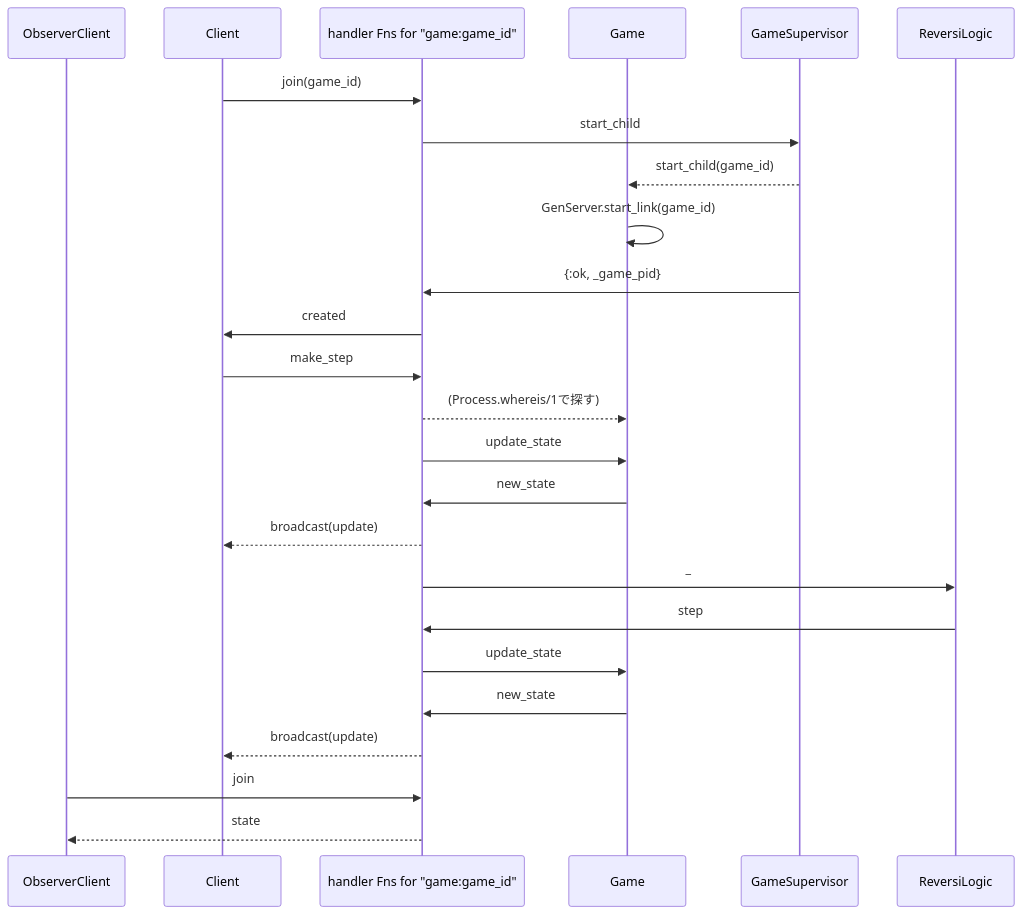
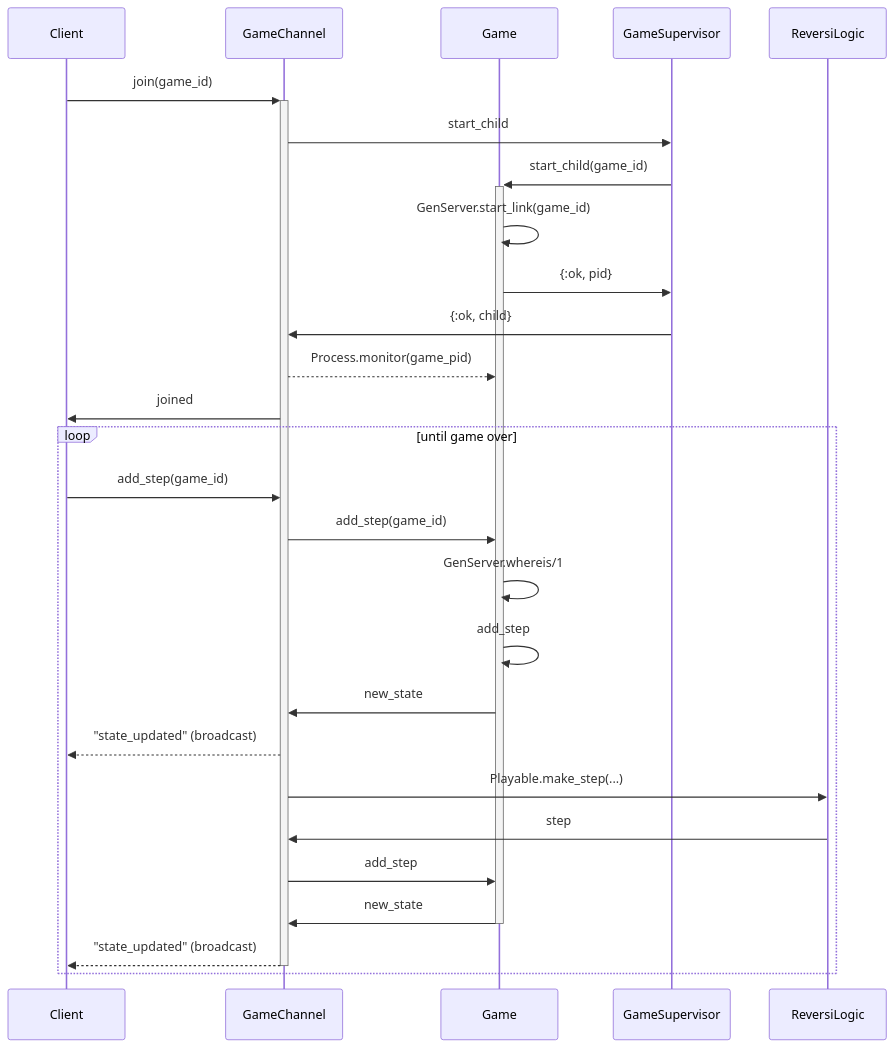
Before and after one commit to m-ueno/learning-elixir: the diagram in reversi_server/README.md, drawn with Mermaid. The commit also changed other lines of this file, not shown here.

````diff
--- a/reversi_server/README.md
+++ b/reversi_server/README.md
@@ -24,30 +24,36 @@
 ```mermaid
 sequenceDiagram
-participant C2 as ObserverClient
+# participant C2 as ObserverClient
 participant Client
-participant Channel as handler Fns for "game:game_id"
+participant Channel as GameChannel
 participant Game
 participant Supervisor as GameSupervisor
 participant Logic as ReversiLogic
 
-Client ->> Channel : join(game_id)
+Client ->> +Channel : join(game_id)
 Channel ->> Supervisor : start_child
-Supervisor -->> Game : start_child(game_id)
+Supervisor ->> +Game : start_child(game_id)
 Game ->> Game : GenServer.start_link(game_id)
-Supervisor ->> Channel : {:ok, _game_pid}
-Channel ->> Client : created
+Game ->> Supervisor : {:ok, pid}
+Supervisor ->> Channel : {:ok, child}
+Channel -->> Game : Process.monitor(game_pid)
+Channel ->> Client : joined
 
-Client ->> Channel : make_step
-Channel -->> Game :  (Process.whereis/1で探す)
-Channel ->> Game : update_state
-Game ->> Channel : new_state
-Channel -->> Client : broadcast(update)
-Channel ->> Logic : _
-Logic ->> Channel : step
-Channel ->> Game : update_state
-Game ->> Channel : new_state
-Channel -->> Client : broadcast(update)
+loop until game over
+  Client ->> Channel : add_step(game_id)
 
-C2 ->> Channel : join
-Channel -->> C2 : state
+  # turn 1
+  Channel ->> Game : add_step(game_id)
+  Game ->> Game : GenServer.whereis/1
+  Game ->> Game : add_step
+  Game ->> Channel : new_state
+  Channel -->> Client : "state_updated" (broadcast)
+
+  # turn 2
+  Channel ->> Logic : Playable.make_step(...)
+  Logic ->> Channel : step
+  Channel ->> Game : add_step
+  Game ->> -Channel : new_state
+  Channel -->> -Client : "state_updated" (broadcast)
+end
 ```
````
